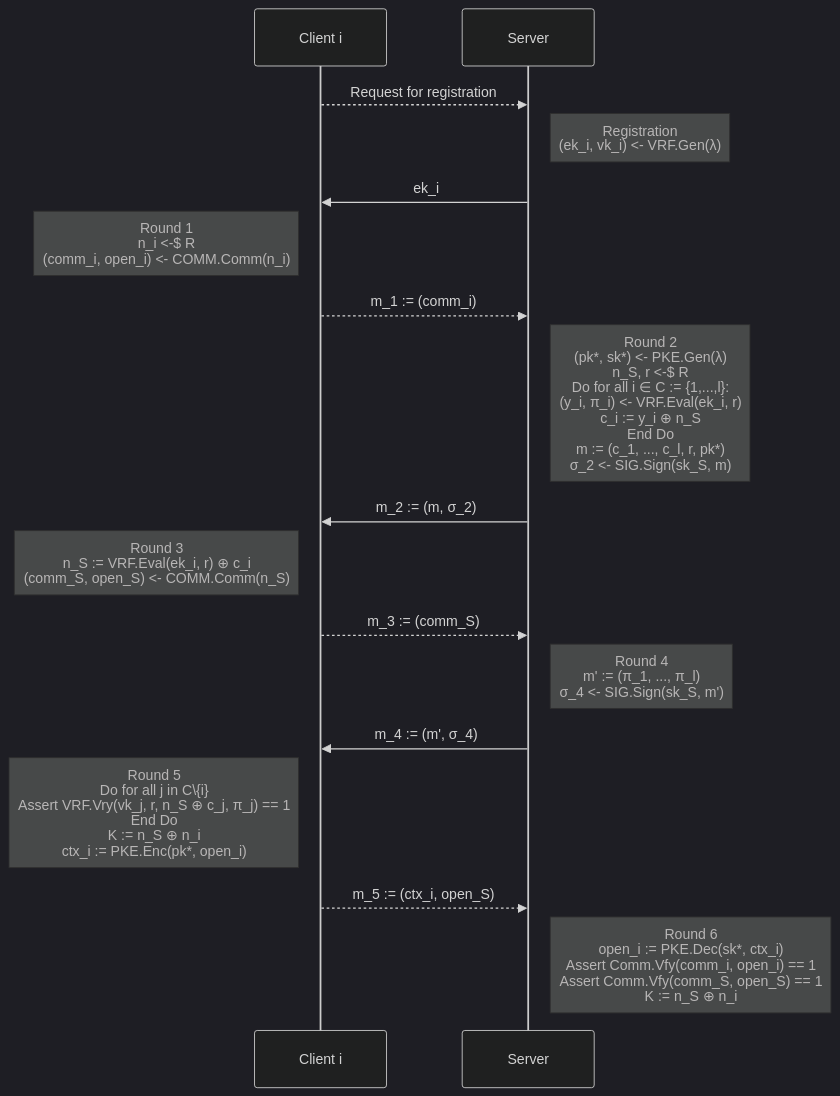
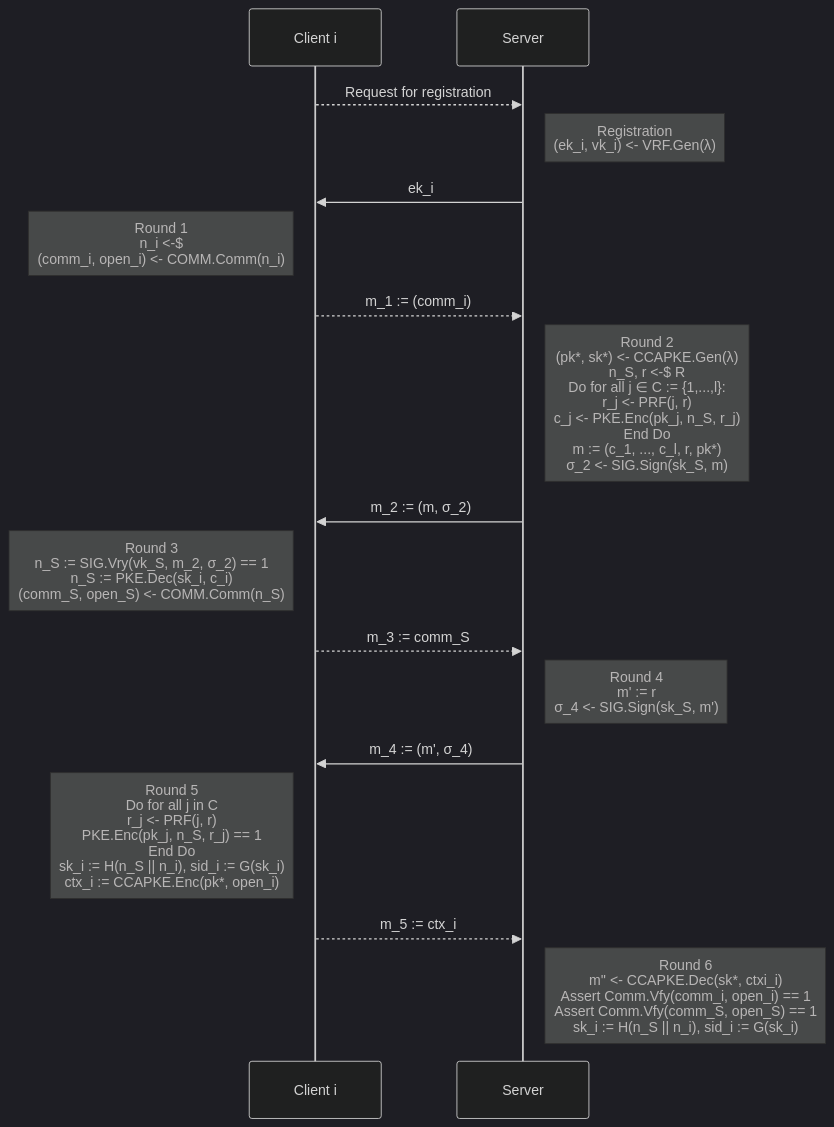
Before and after one commit to jiep/generic-anon-ake: the diagram in README.md, drawn with Mermaid (dark theme). The commit also changed other lines of this file and 4 other files, not shown here.

````diff
--- a/README.md
+++ b/README.md
@@ -20,19 +20,19 @@
 ```mermaid
 sequenceDiagram
 participant Client i
 participant Server
 Client i -->> Server: Request for registration
 Note right of Server: Registration<br/>(ek_i, vk_i) <- VRF.Gen(λ)
 Server ->> Client i: ek_i
-Note left of Client i: Round 1<br />n_i <-$ R<br />(comm_i, open_i) <- COMM.Comm(n_i)
+Note left of Client i: Round 1<br />n_i <-$<br />(comm_i, open_i) <- COMM.Comm(n_i)
 Client i -->> Server: m_1 := (comm_i)
-Note right of Server: Round 2<br />(pk*, sk*) <- PKE.Gen(λ)<br />n_S, r <-$ R<br />Do for all i ∈ C := {1,...,l}:<br />(y_i, π_i) <- VRF.Eval(ek_i, r)<br />c_i := y_i ⊕ n_S <br />End Do<br />m := (c_1, ..., c_l, r, pk*)<br />σ_2 <- SIG.Sign(sk_S, m)
+Note right of Server: Round 2<br />(pk*, sk*) <- CCAPKE.Gen(λ)<br />n_S, r <-$ R<br />Do for all j ∈ C := {1,...,l}:<br />r_j <- PRF(j, r)<br />c_j <- PKE.Enc(pk_j, n_S, r_j)<br />End Do<br />m := (c_1, ..., c_l, r, pk*)<br />σ_2 <- SIG.Sign(sk_S, m)
 Server ->> Client i: m_2 := (m, σ_2)
-Note left of Client i: Round 3<br />n_S := VRF.Eval(ek_i, r) ⊕ c_i<br/>(comm_S, open_S) <- COMM.Comm(n_S) 
-Client i -->> Server: m_3 := (comm_S)
-Note right of Server: Round 4<br />m' := (π_1, ..., π_l)<br />σ_4 <- SIG.Sign(sk_S, m')
+Note left of Client i: Round 3<br />n_S := SIG.Vry(vk_S, m_2, σ_2) == 1<br/>n_S := PKE.Dec(sk_i, c_i)<br/> (comm_S, open_S) <- COMM.Comm(n_S) 
+Client i -->> Server: m_3 := comm_S
+Note right of Server: Round 4<br />m' := r<br />σ_4 <- SIG.Sign(sk_S, m')
 Server ->> Client i: m_4 := (m', σ_4)
-Note left of Client i: Round 5<br/>Do for all j in C\{i}<br/>Assert VRF.Vry(vk_j, r, n_S ⊕ c_j, π_j) == 1<br/>End Do<br/> K := n_S ⊕ n_i<br/>ctx_i := PKE.Enc(pk*, open_i)
-Client i -->> Server: m_5 := (ctx_i, open_S)
-Note right of Server: Round 6<br />open_i := PKE.Dec(sk*, ctx_i)<br/>Assert Comm.Vfy(comm_i, open_i) == 1<br/>Assert Comm.Vfy(comm_S, open_S) == 1<br/>K := n_S ⊕ n_i
+Note left of Client i: Round 5<br/>Do for all j in C<br/>r_j <- PRF(j, r)<br/>PKE.Enc(pk_j, n_S, r_j) == 1<br/>End Do<br/> sk_i := H(n_S || n_i), sid_i := G(sk_i) <br/>ctx_i := CCAPKE.Enc(pk*, open_i)
+Client i -->> Server: m_5 := ctx_i
+Note right of Server: Round 6<br />m'' <- CCAPKE.Dec(sk*, ctxi_i)<br/>Assert Comm.Vfy(comm_i, open_i) == 1<br/>Assert Comm.Vfy(comm_S, open_S) == 1<br/> sk_i := H(n_S || n_i), sid_i := G(sk_i)
 ```
````
